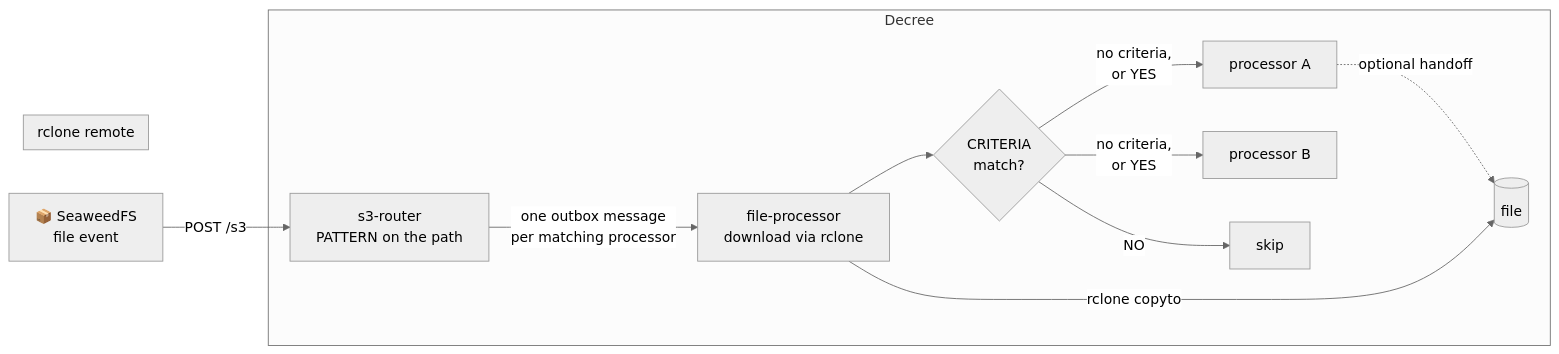
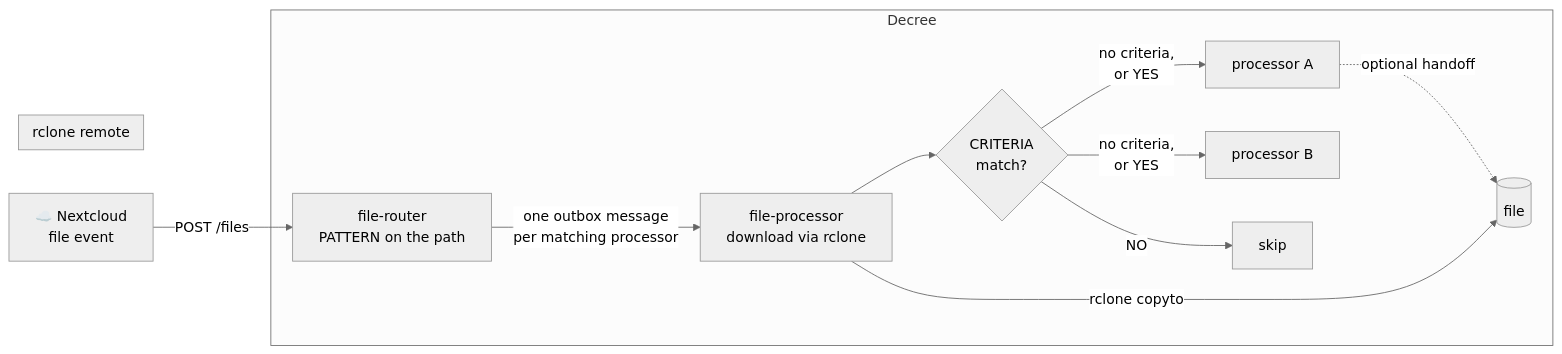
One commit to jtmckay/existential changed the diagram in site/docs/decree/file-change-processing.md. Above: the diagram before and after it, drawn with Mermaid (neutral theme). The commit also changed other lines of this file and 116 other files, not shown here.

````diff
--- a/site/docs/decree/file-change-processing.md
+++ b/site/docs/decree/file-change-processing.md
@@ -18,26 +18,26 @@
 ```mermaid
 flowchart LR
-    A["📦 SeaweedFS
-file event"] -->|POST /s3| B
+    A["☁️ Nextcloud
+file event"] -->|POST /files| B
 
     subgraph decree["Decree"]
-        B["s3-router\nPATTERN on the path"]
+        B["file-router\nPATTERN on the path"]
         C["file-processor\ndownload via rclone"]
         G{"CRITERIA\nmatch?"}
         D1["processor A"]
         D2["processor B"]
         E["agent-task\n→ hermes gateway"]
         B -->|"one outbox message\nper matching processor"| C
         C --> G
         G -->|"no criteria,\nor YES"| D1
         G -->|"no criteria,\nor YES"| D2
         G -->|"NO"| X["skip"]
         D1 -.->|"optional handoff"| E
     end
 
     subgraph storage["rclone remote"]
         E[("file")]
     end
 
     C -->|"rclone copyto"| E
 ```
````
